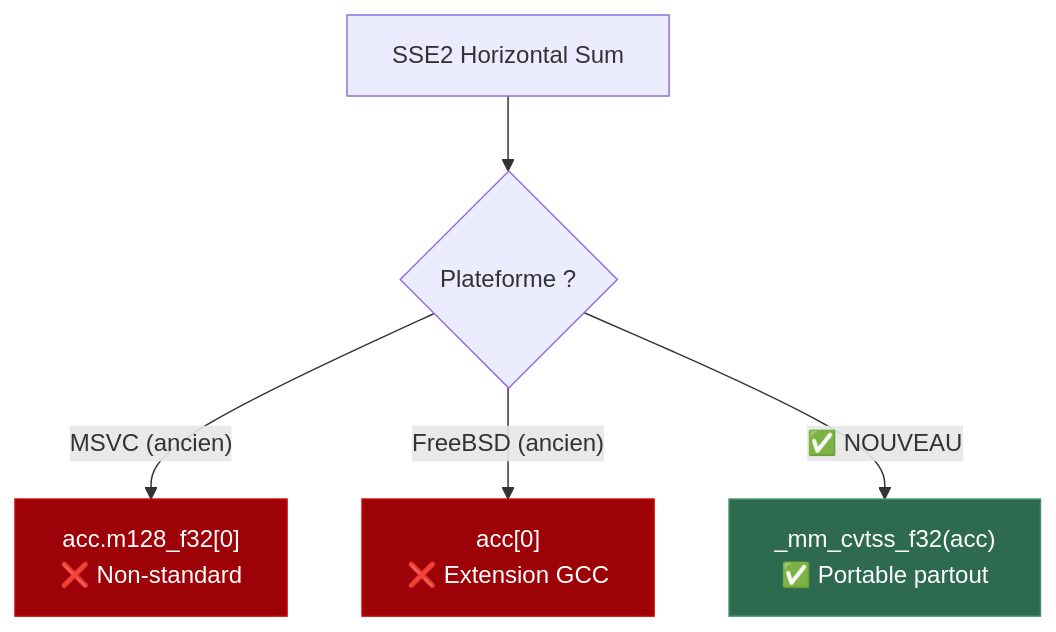
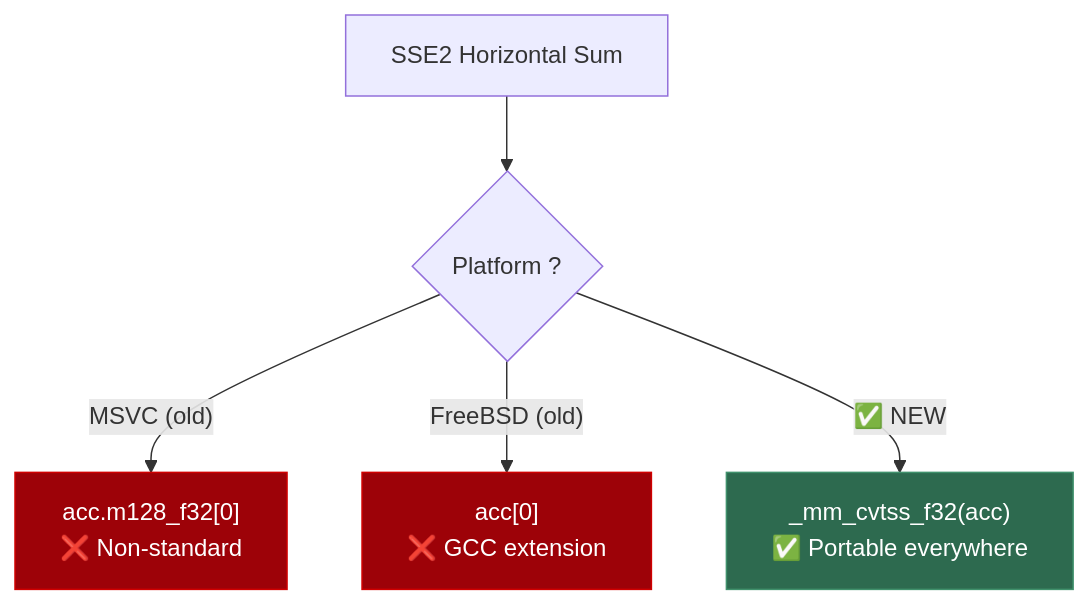
The third of 11 diagrams in OPTIMIZATIONS-F4TNK.md (f4tnk/airspyone_host), drawn with Mermaid before and after one commit. The commit also changed other lines of this file, not shown here.

````diff
--- a/OPTIMIZATIONS-F4TNK.md
+++ b/OPTIMIZATIONS-F4TNK.md
@@ -153,11 +153,11 @@
 ```mermaid
 flowchart TD
-    A["SSE2 Horizontal Sum"] --> B{Plateforme ?}
-    B -->|"MSVC (ancien)"| C["acc.m128_f32[0]<br/>❌ Non-standard"]
-    B -->|"FreeBSD (ancien)"| D["acc[0]<br/>❌ Extension GCC"]
-    B -->|"✅ NOUVEAU"| E["_mm_cvtss_f32(acc)<br/>✅ Portable partout"]
+    A["SSE2 Horizontal Sum"] --> B{Platform ?}
+    B -->|"MSVC (old)"| C["acc.m128_f32[0]<br/>❌ Non-standard"]
+    B -->|"FreeBSD (old)"| D["acc[0]<br/>❌ GCC extension"]
+    B -->|"✅ NEW"| E["_mm_cvtss_f32(acc)<br/>✅ Portable everywhere"]
 
     style E fill:#2d6a4f,stroke:#40916c,color:#fff
     style C fill:#9d0208,stroke:#d00000,color:#fff
     style D fill:#9d0208,stroke:#d00000,color:#fff
 ```
````
